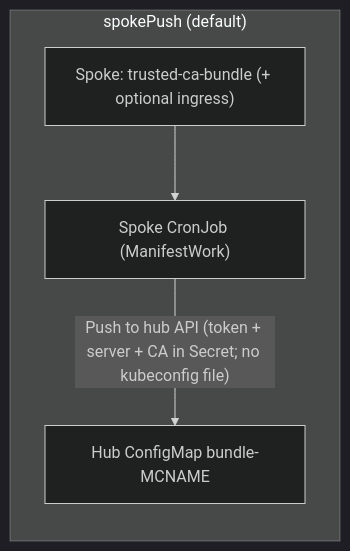
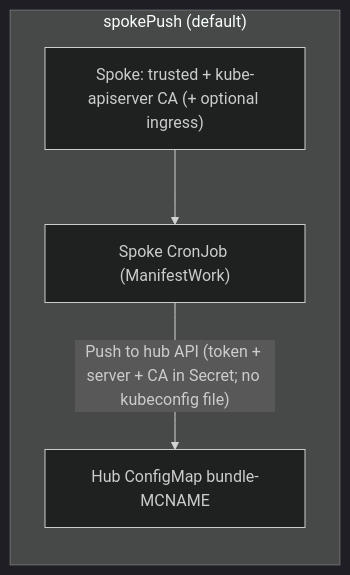
Before and after one commit to mhjacks/vp-manage-proxy-cluster-ca-chart: the first of 6 diagrams in README.md, drawn with Mermaid (dark theme). The commit also changed other lines of this file and 5 other files, not shown here.

````diff
--- a/README.md
+++ b/README.md
@@ -63,11 +63,11 @@
 ```mermaid
 flowchart TB
   subgraph spokePush["spokePush (default)"]
     direction TB
-    SP_TC["Spoke: trusted-ca-bundle (+ optional ingress)"]
+    SP_TC["Spoke: trusted + kube-apiserver CA (+ optional ingress)"]
     SP_CJ["Spoke CronJob (ManifestWork)"]
     SP_HUBCM["Hub ConfigMap bundle-MCNAME"]
     SP_TC --> SP_CJ
     SP_CJ -->|"Push to hub API (token + server + CA in Secret; no kubeconfig file)"| SP_HUBCM
   end
 ```
````
